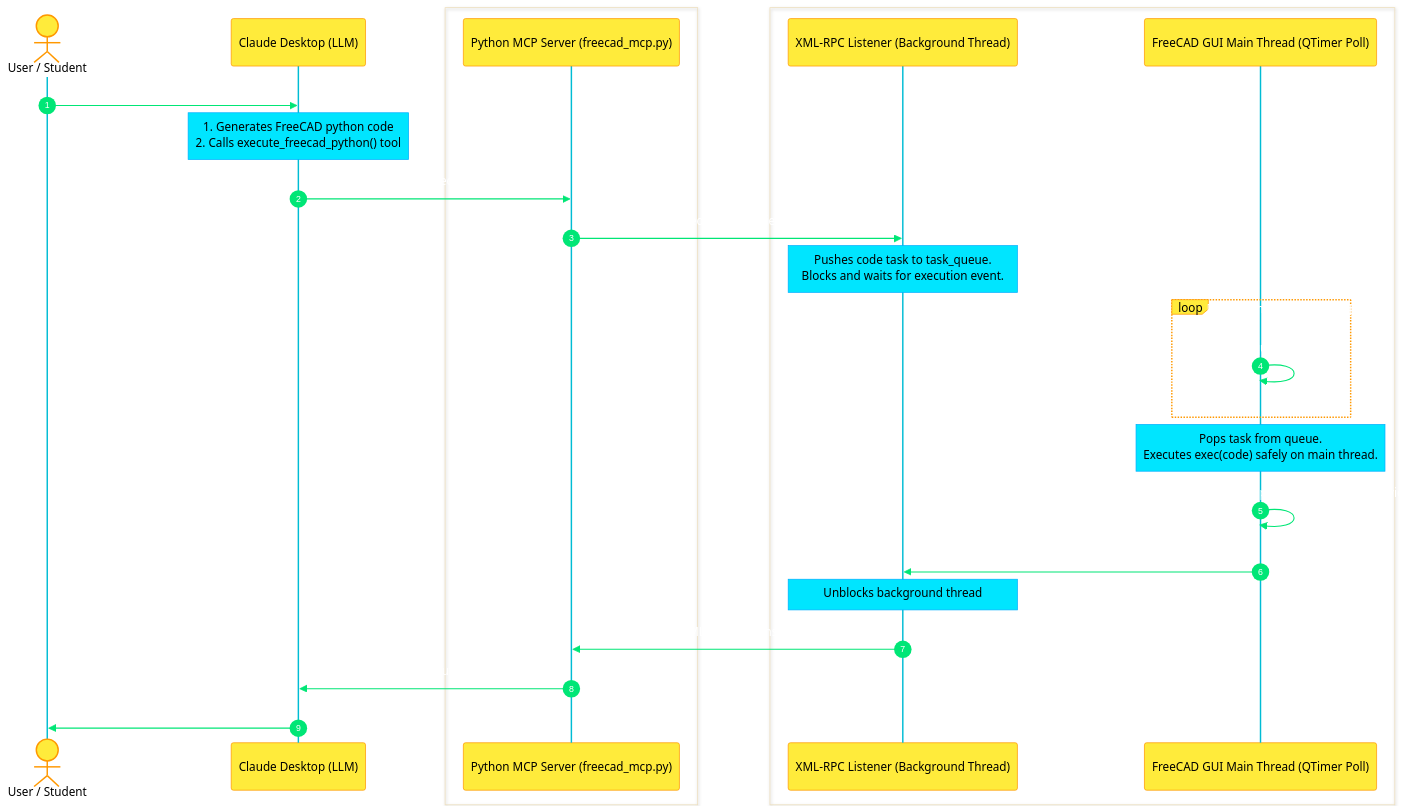
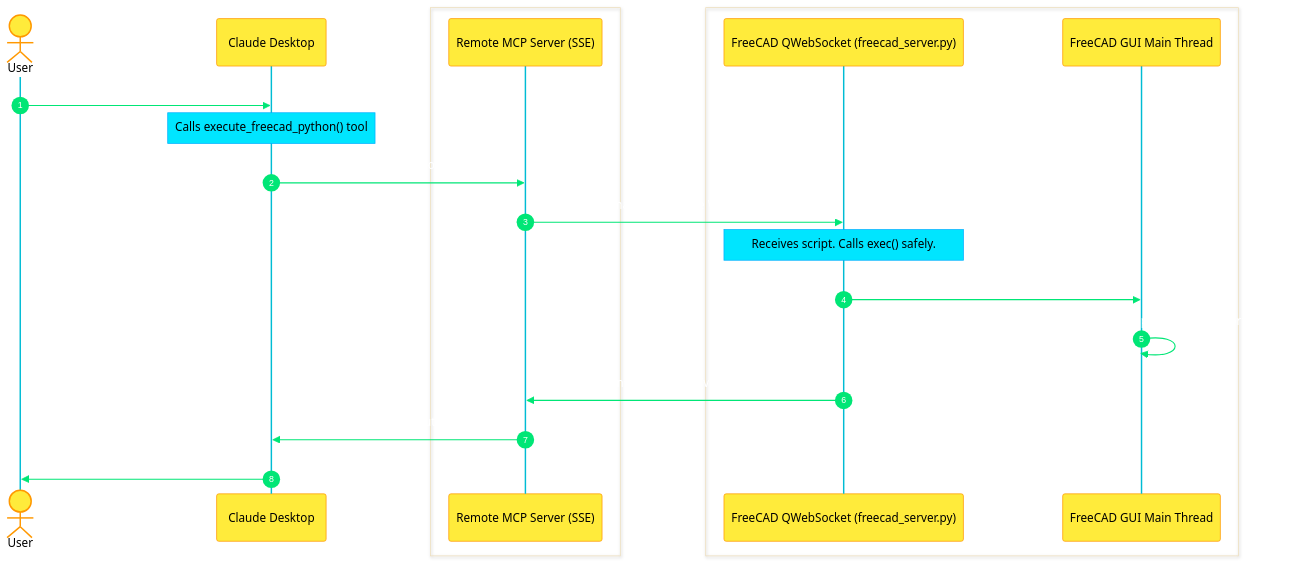
Before and after one commit to SachinMishra-ux/MCP_MVP: the diagram in README.md, drawn with Mermaid. The commit also changed other lines of this file and 2 other files, not shown here.

````diff
--- a/README.md
+++ b/README.md
@@ -37,46 +20,41 @@
 ```mermaid
 %%{init: {
   'theme': 'base',
   'themeVariables': {
     'actorBkg': '#ffeb3b',
     'actorBorder': '#ff9800',
     'actorTextColor': '#000000',
     'actorLineColor': '#00bcd4',
     'signalColor': '#00e676',
     'signalTextColor': '#ffffff',
     'noteBkgColor': '#00e5ff',
     'noteBorderColor': '#00b0ff',
     'noteTextColor': '#000000',
     'loopBkgColor': '#37474f',
     'loopTextColor': '#ffffff',
     'sequenceNumberColor': '#ffffff'
   }
 }}%%
 sequenceDiagram
     autonumber
-    actor User as User / Student
-    participant Claude as Claude Desktop (LLM)
-    box #1e3a8a External Terminal Process
-        participant MCP as Python MCP Server (freecad_mcp.py)
+    actor User as User
+    participant Claude as Claude Desktop
+    box #1e3a8a Cloud Hosted (Render)
+        participant MCP as Remote MCP Server (SSE)
     end
-    box #064e3b Inside FreeCAD App Process
-        participant RPC as XML-RPC Listener (Background Thread)
-        participant Main as FreeCAD GUI Main Thread (QTimer Poll)
+    box #064e3b Local Desktop
+        participant Macro as FreeCAD QWebSocket (freecad_server.py)
+        participant GUI as FreeCAD GUI Main Thread
     end
 
     User->>Claude: "Draw a cylinder"
-    Note over Claude: 1. Generates FreeCAD python code<br/>2. Calls execute_freecad_python() tool
-    Claude->>MCP: Call Tool: execute_freecad_python(code)
-    MCP->>RPC: XML-RPC Post Request (e.g. client.execute(code))
-    Note over RPC: Pushes code task to task_queue.<br/>Blocks and waits for execution event.
-    loop Every 50ms (QTimer Tick)
-        Main->>Main: Check if task_queue has items
-    end
-    Note over Main: Pops task from queue.<br/>Executes exec(code) safely on main thread.
-    Main->>Main: App.ActiveDocument.recompute() (GUI updates 3D view)
-    Main->>RPC: Signal "threading.Event" complete & store stdout/stderr
-    Note over RPC: Unblocks background thread
-    RPC->>MCP: Returns XML-RPC response dictionary
+    Note over Claude: Calls execute_freecad_python() tool
+    Claude->>MCP: Call Tool (via mcp-remote bridge)
+    MCP->>Macro: Send command (via secure WebSocket tunnel)
+    Note over Macro: Receives script. Calls exec() safely.
+    Macro->>GUI: execute (modifies document on main thread)
+    GUI->>GUI: App.ActiveDocument.recompute() (3D viewport updates)
+    Macro->>MCP: Returns output/logs (via WebSocket)
     MCP->>Claude: Returns standard output / error logs
     Claude->>User: "I have created the cylinder for you!"
 ```
````
